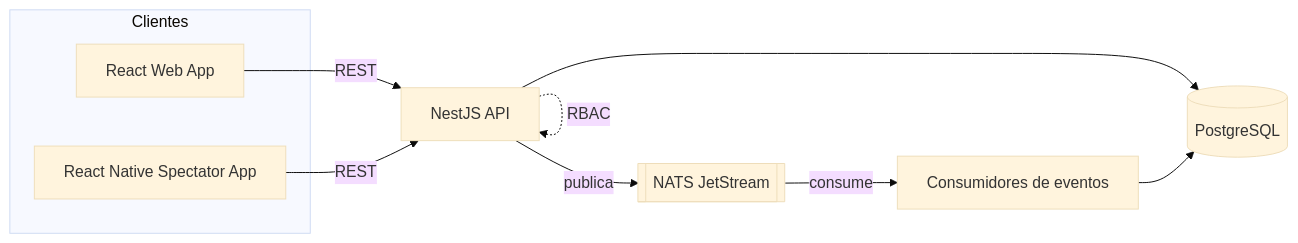
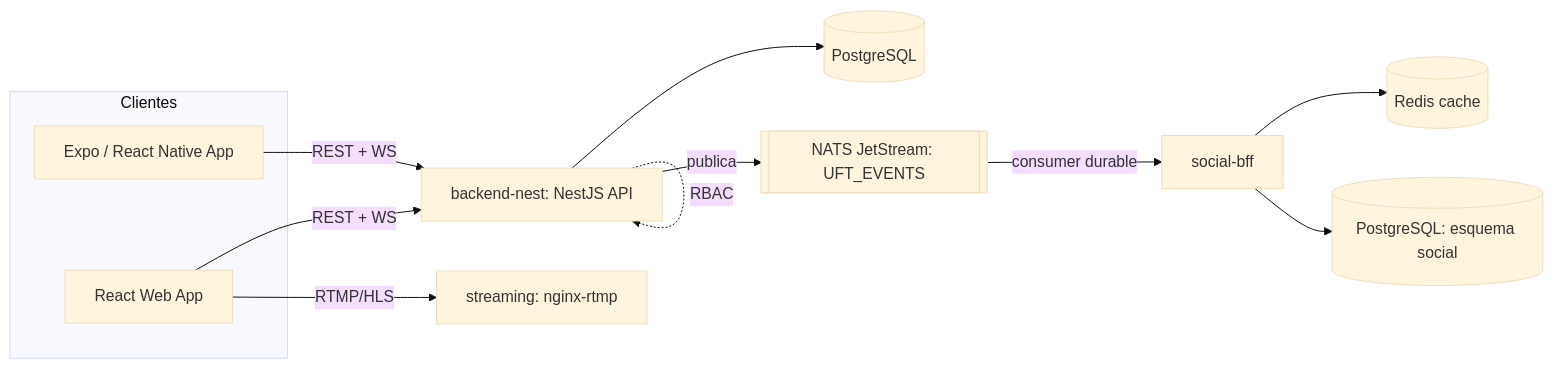
Before and after one commit to JJ-Dev18/portafolio2026: the first of 3 diagrams in content/es/pages/engineering.mdx, drawn with Mermaid (base theme). The commit also changed other lines of this file and 15 other files, not shown here.

````diff
--- a/content/es/pages/engineering.mdx
+++ b/content/es/pages/engineering.mdx
@@ -12,15 +12,17 @@
 ```mermaid
 flowchart LR
   subgraph Clientes
     Web[React Web App]
-    Mobile[React Native Spectator App]
+    Mobile[Expo / React Native App]
   end
 
-  Web -->|REST| API[NestJS API]
-  Mobile -->|REST| API
+  Web -->|REST + WS| API[backend-nest: NestJS API]
+  Mobile -->|REST + WS| API
   API --> DB[(PostgreSQL)]
-  API -->|publica| NATS[[NATS JetStream]]
-  NATS -->|consume| Workers[Consumidores de eventos]
-  Workers --> DB
+  API -->|publica| NATS[[NATS JetStream: UFT_EVENTS]]
+  NATS -->|consumer durable| BFF[social-bff]
+  BFF --> Redis[(Redis cache)]
+  BFF --> DB2[(PostgreSQL: esquema social)]
+  Web -->|RTMP/HLS| Stream[streaming: nginx-rtmp]
   API -.RBAC.-> API
 ```
````
